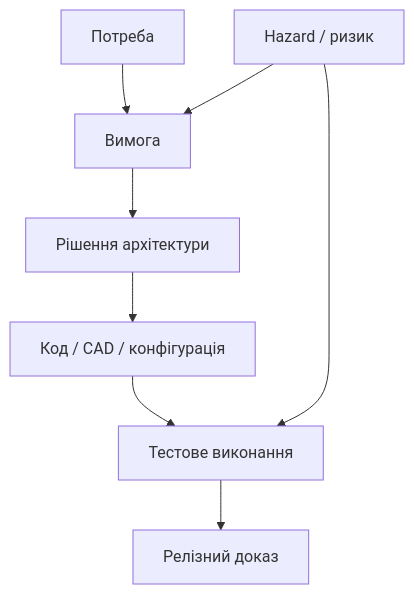
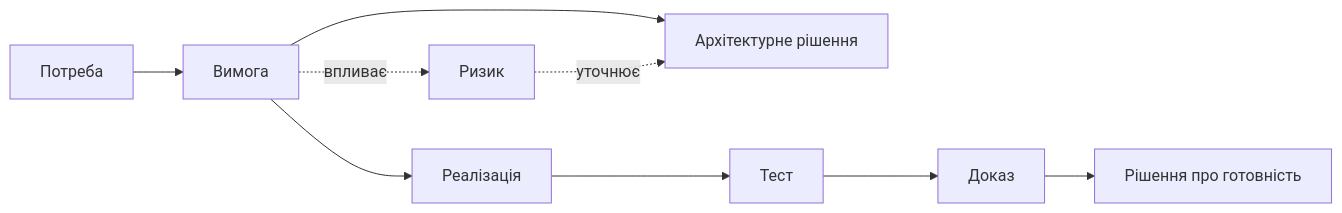
The diagram in Project_Management/DOU-Digital-Thread-Engineering-Projects-UA.md (nick-fedchik/articles), drawn with Mermaid before and after one commit. The commit also changed other lines of this file and 29 other files, not shown here.

````diff
--- a/Project_Management/DOU-Digital-Thread-Engineering-Projects-UA.md
+++ b/Project_Management/DOU-Digital-Thread-Engineering-Projects-UA.md
@@ -5,10 +15,11 @@
 ```mermaid
-graph TD
-  N[Потреба] --> R[Вимога]
-  R --> AD[Рішення архітектури]
-  AD --> C[Код / CAD / конфігурація]
-  C --> TE[Тестове виконання]
-  TE --> RE[Релізний доказ]
-  H[Hazard / ризик] --> R
-  H --> TE
+flowchart LR
+    N[Потреба] --> R[Вимога]
+    R --> A[Архітектурне рішення]
+    R --> I[Реалізація]
+    I --> T[Тест]
+    T --> E[Доказ]
+    R -.впливає.-> K[Ризик]
+    K -.уточнює.-> A
+    E --> G[Рішення про готовність]
 ```
````
